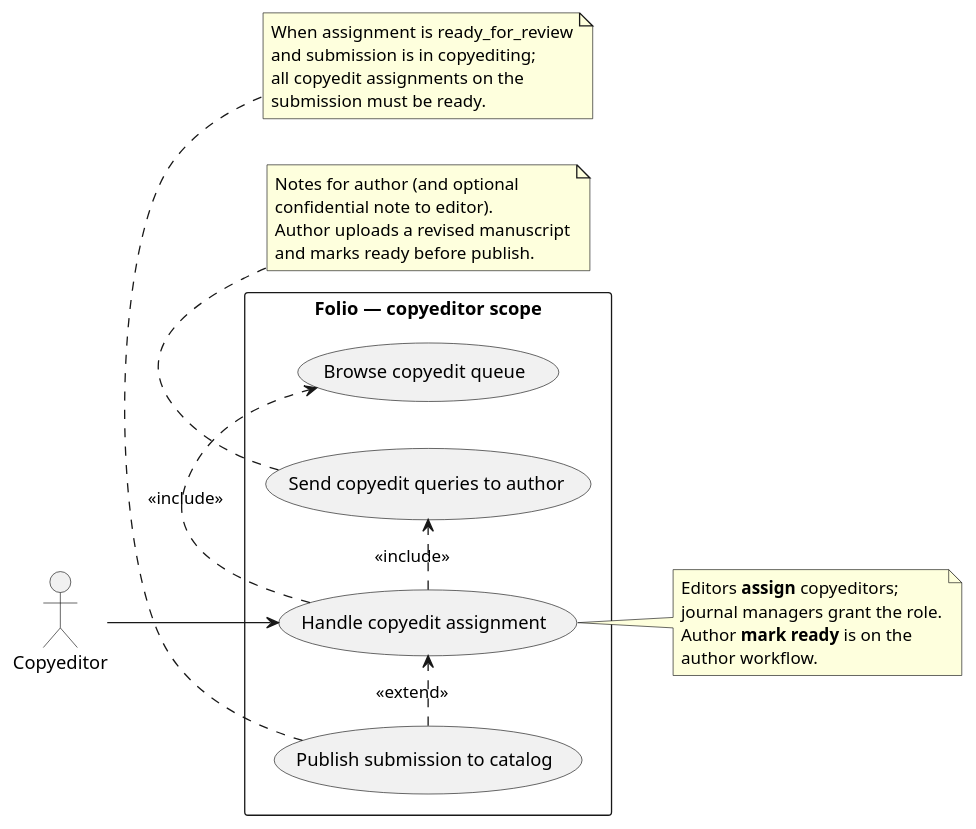
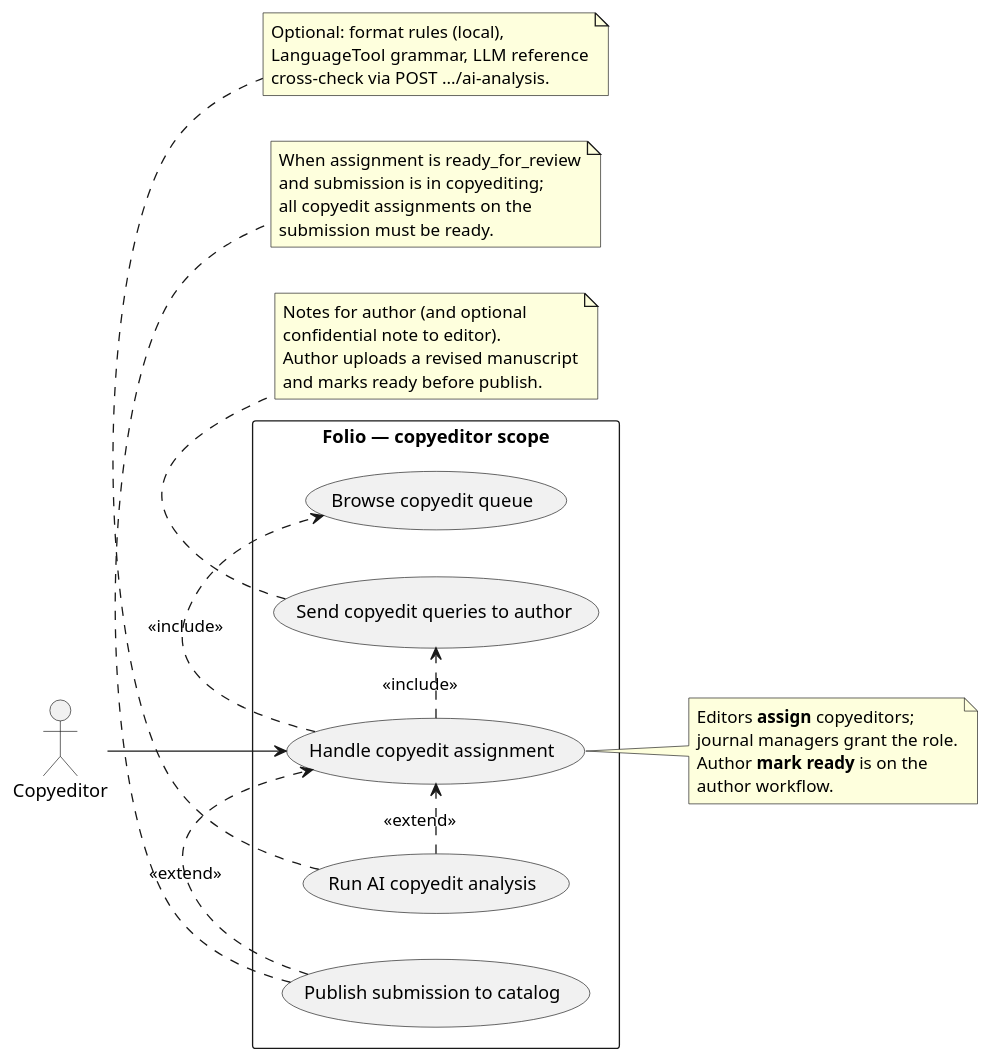
Before and after one commit to OmarNajiAlhayek/folio: the diagram in docs/diagrams/use-cases/copyeditor.puml, drawn with PlantUML. The commit also changed 12 other files, not shown here.

First line of the commit message:
docs: document copyedit AI pipeline and refresh architecture notes

```diff
--- a/docs/diagrams/use-cases/copyeditor.puml
+++ b/docs/diagrams/use-cases/copyeditor.puml
@@ -1,47 +1,55 @@
 @startuml folio-copyeditor-use-cases
 ' Folio — Copyeditor essentials (copyedit.view_queue, copyedit.submit_note, copyedit.publish)
 ' Excludes editor assign-copyeditor and author "mark ready" flows
 ' Render: https://www.plantuml.com/plantuml
 
 left to right direction
 skinparam packageStyle rectangle
 skinparam actorStyle stickman
 
 actor "Copyeditor" as CE
 
 rectangle "Folio — copyeditor scope" {
 
   usecase "Handle copyedit assignment" as UC_Handle
   usecase "Browse copyedit queue" as UC_List
   usecase "Send copyedit queries to author" as UC_Queries
   usecase "Publish submission to catalog" as UC_Publish
+  usecase "Run AI copyedit analysis" as UC_AI
 }
 
 CE --> UC_Handle
 
 UC_Handle .> UC_List : <<include>>
 UC_Handle .> UC_Queries : <<include>>
+UC_AI .> UC_Handle : <<extend>>
 UC_Publish .> UC_Handle : <<extend>>
 
 note bottom of UC_Queries
   Notes for author (and optional
   confidential note to editor).
   Author uploads a revised manuscript
   and marks ready before publish.
 end note
 
 note bottom of UC_Publish
   When assignment is ready_for_review
   and submission is in copyediting;
   all copyedit assignments on the
   submission must be ready.
 end note
 
+note bottom of UC_AI
+  Optional: format rules (local),
+  LanguageTool grammar, LLM reference
+  cross-check via POST .../ai-analysis.
+end note
+
 note right of UC_Handle
   Editors **assign** copyeditors;
   journal managers grant the role.
   Author **mark ready** is on the
   author workflow.
 end note
 
 @enduml
```
